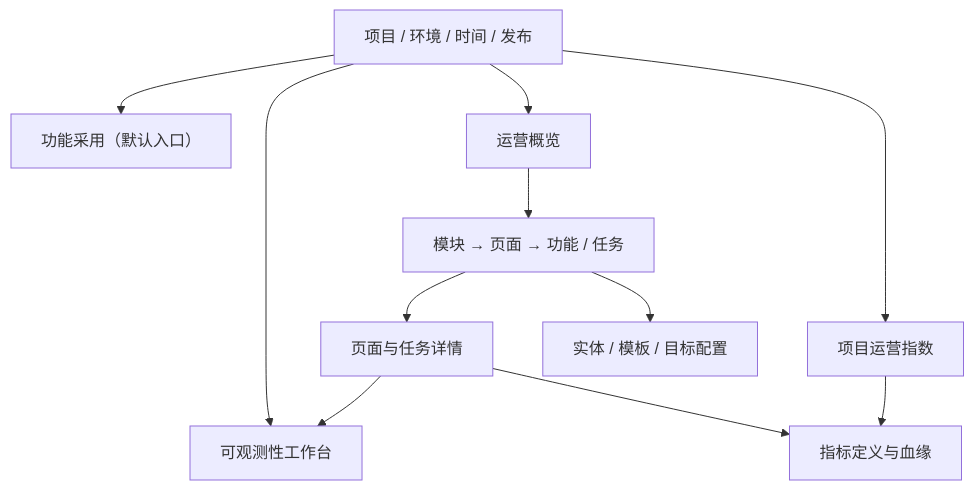
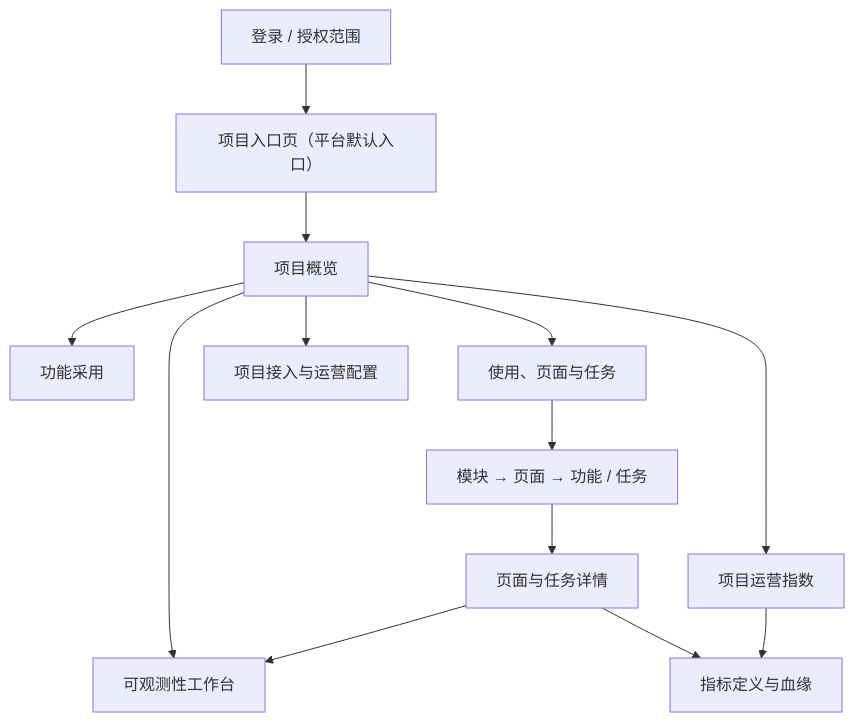
One commit to captainamari/frontend-insight changed the second of 3 diagrams in docs/product/requirements-v1.7.md. Above: the diagram before and after it, drawn with Mermaid. The commit also changed other lines of this file, not shown here.

Commit message:
docs: restore project-first product flow

````diff
--- a/docs/product/requirements-v1.7.md
+++ b/docs/product/requirements-v1.7.md
@@ -347,13 +361,15 @@
 ```mermaid
 flowchart TD
-    C["项目 / 环境 / 时间 / 发布"] --> A["功能采用（默认入口）"]
-    C --> O["运营概览"]
-    O --> E["模块 → 页面 → 功能 / 任务"]
+    R["登录 / 授权范围"] --> P["项目入口页（平台默认入口）"]
+    P --> O["项目概览"]
+    O --> A["功能采用"]
+    O --> U["使用、页面与任务"]
+    O --> I["项目运营指数"]
+    O --> B["可观测性工作台"]
+    O --> C["项目接入与运营配置"]
+    U --> E["模块 → 页面 → 功能 / 任务"]
     E --> D["页面与任务详情"]
-    C --> I["项目运营指数"]
-    C --> B["可观测性工作台"]
     D --> B
     D --> L["指标定义与血缘"]
     I --> L
-    E --> M["实体 / 模板 / 目标配置"]
 ```
````
